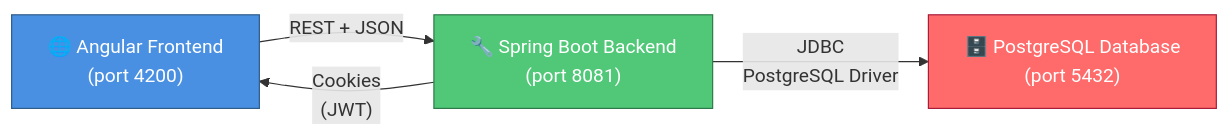
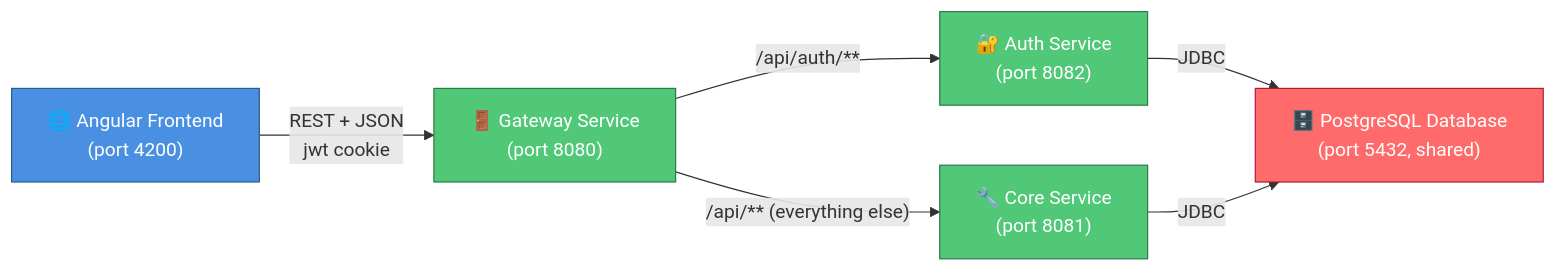
The first of 4 diagrams in README.md (aditya0774/LeMarketJames), drawn with Mermaid before and after one commit. The commit also changed other lines of this file and 169 other files, not shown here.

Commit message:
refactor auth, core, and gateway into microservices

````diff
--- a/README.md
+++ b/README.md
@@ -94,14 +97,16 @@
 ```mermaid
 graph LR
-    A["🌐 Angular Frontend<br/>(port 4200)"] -->|"REST + JSON"| B["🔧 Spring Boot Backend<br/>(port 8081)"]
-    B -->|"Cookies<br/>(JWT)"| A
-    B -->|"JDBC<br/>PostgreSQL Driver"| C["🗄️ PostgreSQL Database<br/>(port 5432)"]
-    
+    A["🌐 Angular Frontend<br/>(port 4200)"] -->|"REST + JSON<br/>jwt cookie"| G["🚪 Gateway Service<br/>(port 8080)"]
+    G -->|"/api/auth/**"| AU["🔐 Auth Service<br/>(port 8082)"]
+    G -->|"/api/** (everything else)"| CO["🔧 Core Service<br/>(port 8081)"]
+    AU -->|"JDBC"| C["🗄️ PostgreSQL Database<br/>(port 5432, shared)"]
+    CO -->|"JDBC"| C
+
     classDef frontend fill:#4A90E2,stroke:#2E5C8A,color:#fff
     classDef backend fill:#50C878,stroke:#2D7A4A,color:#fff
     classDef database fill:#FF6B6B,stroke:#A91D3A,color:#fff
-    
+
     class A frontend
-    class B backend
+    class G,AU,CO backend
     class C database
 ```
````
